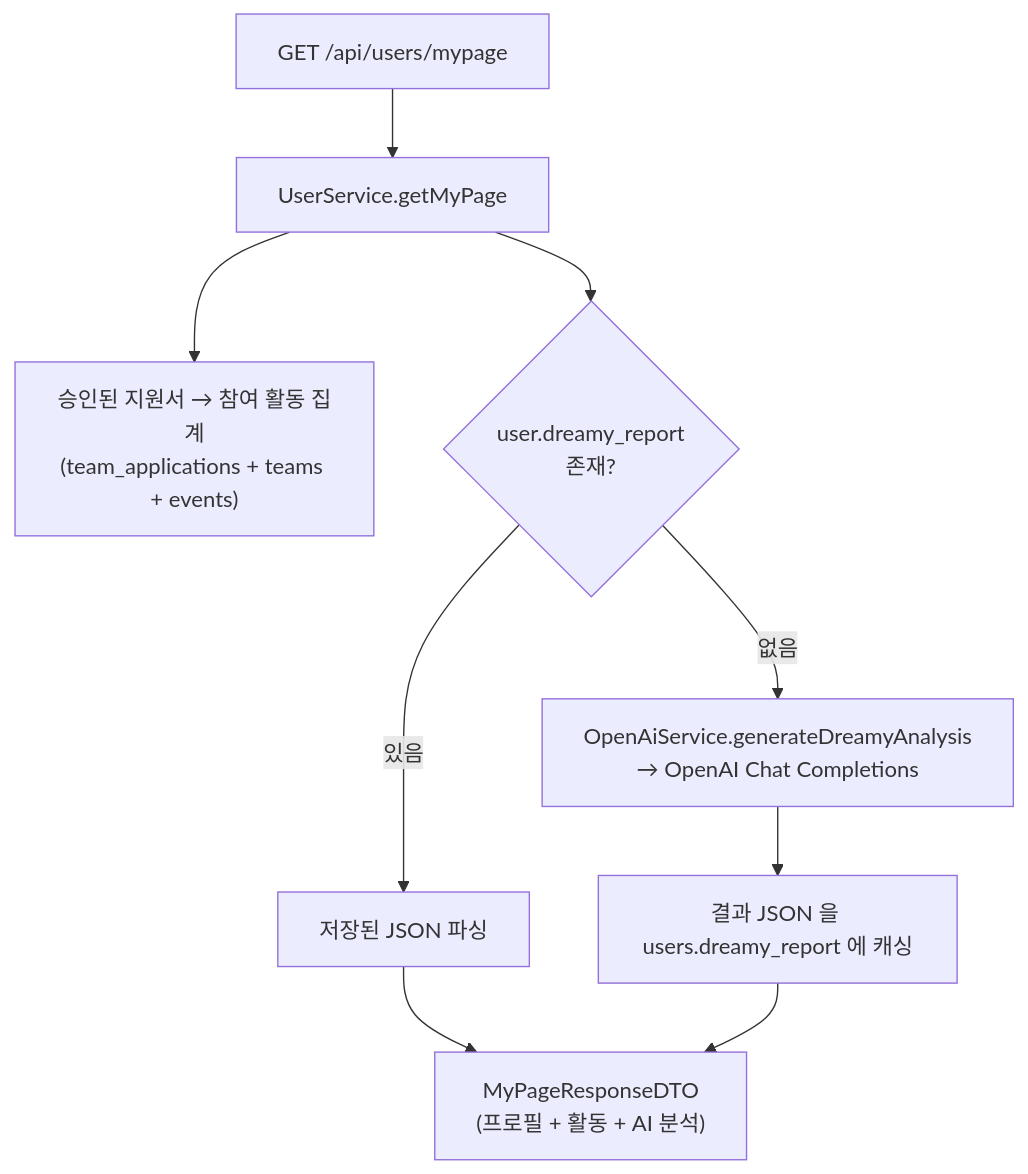
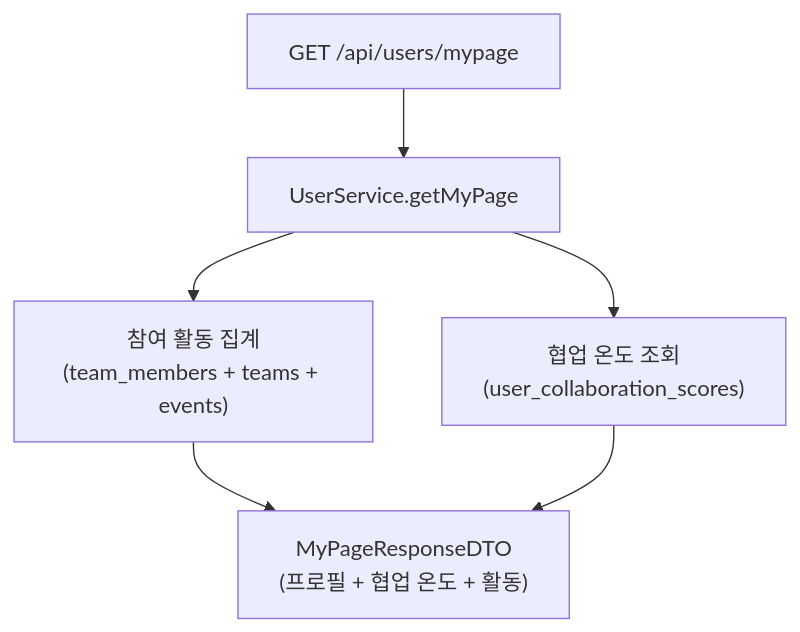
One commit to eagleindesert/mateon-backend changed the seventh of 8 diagrams in docs/architecture.md. Above: the diagram before and after it, drawn with Mermaid. The commit also changed other lines of this file and 13 other files, not shown here.

````diff
--- a/docs/architecture.md
+++ b/docs/architecture.md
@@ -251,11 +247,8 @@
 ```mermaid
 graph TB
     REQ["GET /api/users/mypage"] --> US["UserService.getMyPage"]
-    US --> ACT["승인된 지원서 → 참여 활동 집계<br/>(team_applications + teams + events)"]
-    US --> CACHE{"user.dreamy_report<br/>존재?"}
-    CACHE -->|있음| PARSE["저장된 JSON 파싱"]
-    CACHE -->|없음| AI["OpenAiService.generateDreamyAnalysis<br/>→ OpenAI Chat Completions"]
-    AI --> SAVE["결과 JSON 을 users.dreamy_report 에 캐싱"]
-    PARSE --> RESP["MyPageResponseDTO<br/>(프로필 + 활동 + AI 분석)"]
-    SAVE --> RESP
+    US --> ACT["참여 활동 집계<br/>(team_members + teams + events)"]
+    US --> TEMP["협업 온도 조회<br/>(user_collaboration_scores)"]
+    ACT --> RESP["MyPageResponseDTO<br/>(프로필 + 협업 온도 + 활동)"]
+    TEMP --> RESP
 ```
````
